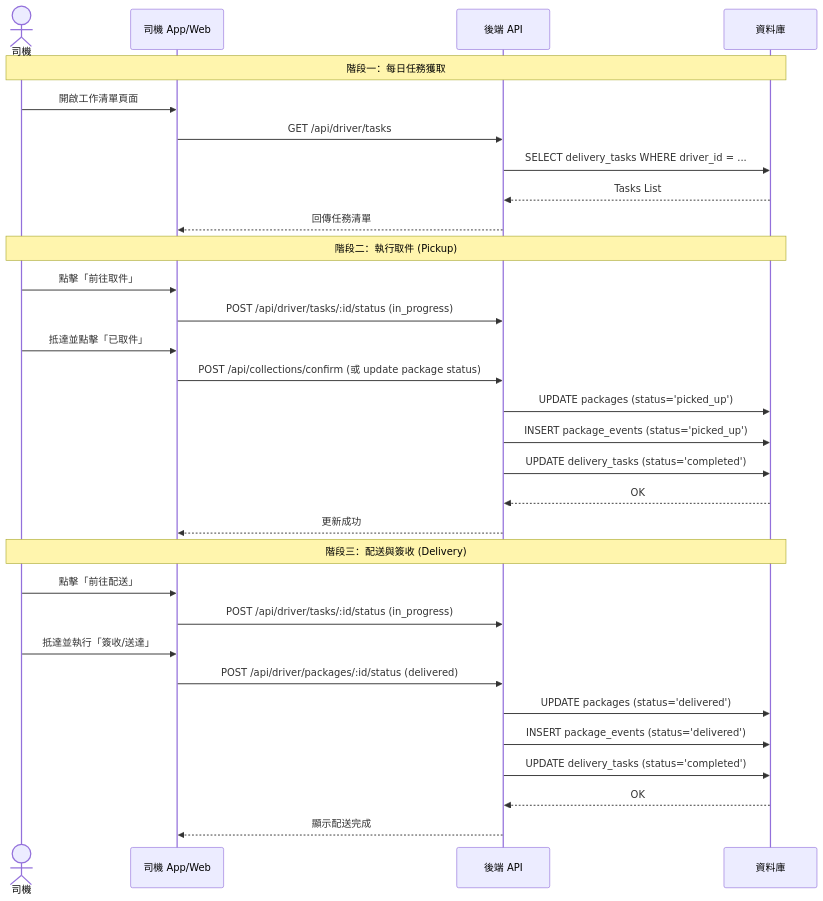
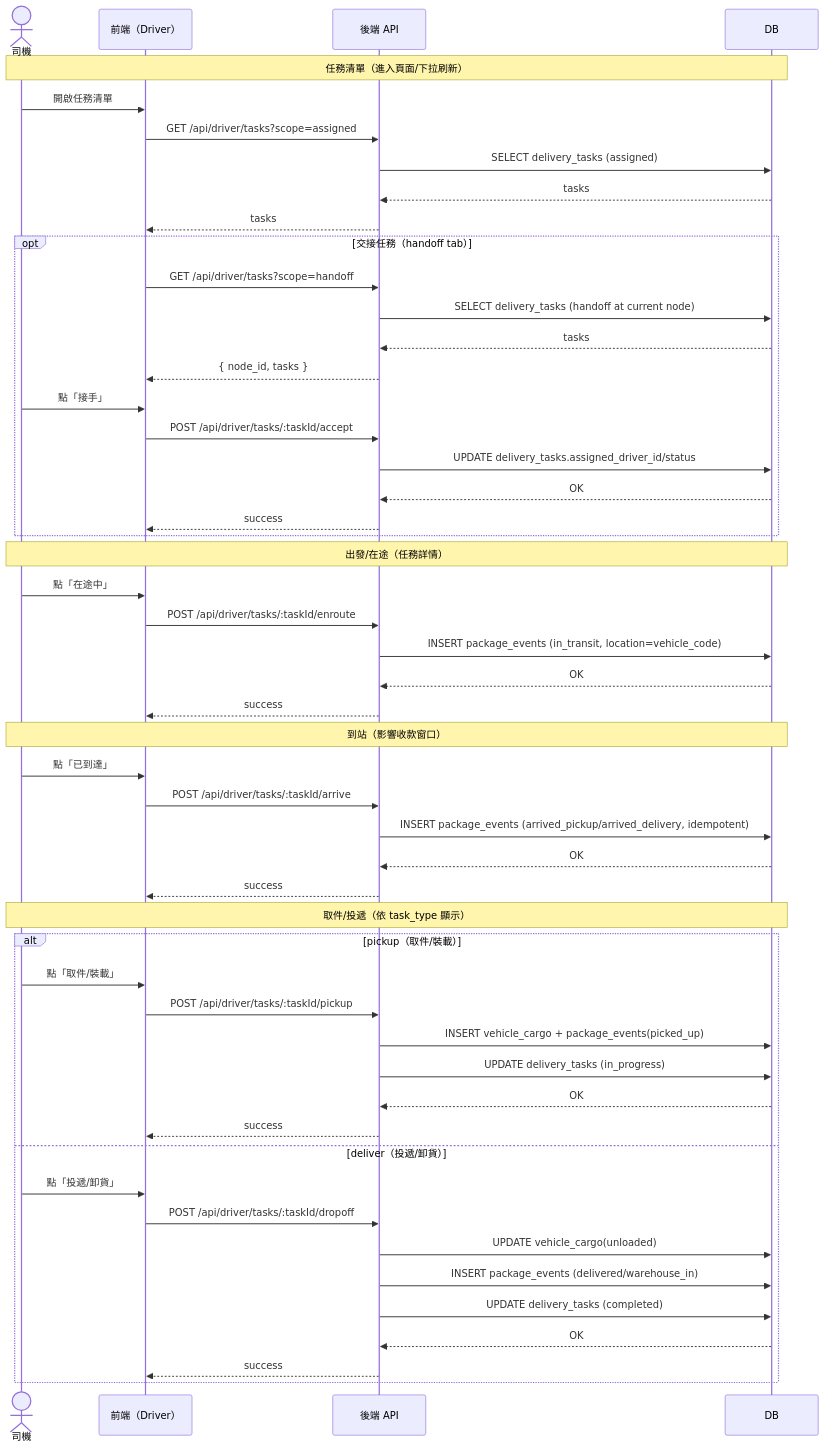
The second of 6 diagrams in docs/design/sequence-diagrams.md (bowen12274Bot/Logistics_tracking_system), drawn with Mermaid before and after one commit. The commit also changed other lines of this file and 70 other files, not shown here.

First line of the commit message:
feat：新增「異常（Exceptions）」API 文件，以及「營運與任務（Operations & Tasks）」API 文件

````diff
--- a/docs/design/sequence-diagrams.md
+++ b/docs/design/sequence-diagrams.md
@@ -42,39 +62,58 @@
 ```mermaid
 sequenceDiagram
-    actor Driver as 司機
-    participant App as 司機 App/Web
-    participant Backend as 後端 API
-    participant DB as 資料庫
+  actor Driver as 司機
+  participant UI as 前端（Driver）
+  participant API as 後端 API
+  participant DB as DB
 
-    Note over Driver, DB: 階段一：每日任務獲取
+  Note over Driver,DB: 任務清單（進入頁面/下拉刷新）
+  Driver->>UI: 開啟任務清單
+  UI->>API: GET /api/driver/tasks?scope=assigned
+  API->>DB: SELECT delivery_tasks (assigned)
+  DB-->>API: tasks
+  API-->>UI: tasks
 
-    Driver->>App: 開啟工作清單頁面
-    App->>Backend: GET /api/driver/tasks
-    Backend->>DB: SELECT delivery_tasks WHERE driver_id = ...
-    DB-->>Backend: Tasks List
-    Backend-->>App: 回傳任務清單
+  opt 交接任務（handoff tab）
+    UI->>API: GET /api/driver/tasks?scope=handoff
+    API->>DB: SELECT delivery_tasks (handoff at current node)
+    DB-->>API: tasks
+    API-->>UI: { node_id, tasks }
+    Driver->>UI: 點「接手」
+    UI->>API: POST /api/driver/tasks/:taskId/accept
+    API->>DB: UPDATE delivery_tasks.assigned_driver_id/status
+    DB-->>API: OK
+    API-->>UI: success
+  end
 
-    Note over Driver, DB: 階段二：執行取件 (Pickup)
+  Note over Driver,DB: 出發/在途（任務詳情）
+  Driver->>UI: 點「在途中」
+  UI->>API: POST /api/driver/tasks/:taskId/enroute
+  API->>DB: INSERT package_events (in_transit, location=vehicle_code)
+  DB-->>API: OK
+  API-->>UI: success
 
-    Driver->>App: 點擊「前往取件」
-    App->>Backend: POST /api/driver/tasks/:id/status (in_progress)
-    Driver->>App: 抵達並點擊「已取件」
-    App->>Backend: POST /api/collections/confirm (或 update package status)
-    Backend->>DB: UPDATE packages (status='picked_up')
-    Backend->>DB: INSERT package_events (status='picked_up')
-    Backend->>DB: UPDATE delivery_tasks (status='completed')
-    DB-->>Backend: OK
-    Backend-->>App: 更新成功
+  Note over Driver,DB: 到站（影響收款窗口）
+  Driver->>UI: 點「已到達」
+  UI->>API: POST /api/driver/tasks/:taskId/arrive
+  API->>DB: INSERT package_events (arrived_pickup/arrived_delivery, idempotent)
+  DB-->>API: OK
+  API-->>UI: success
 
-    Note over Driver, DB: 階段三：配送與簽收 (Delivery)
-
-    Driver->>App: 點擊「前往配送」
-    App->>Backend: POST /api/driver/tasks/:id/status (in_progress)
-    Driver->>App: 抵達並執行「簽收/送達」
-    App->>Backend: POST /api/driver/packages/:id/status (delivered)
-    Backend->>DB: UPDATE packages (status='delivered')
-    Backend->>DB: INSERT package_events (status='delivered')
-    Backend->>DB: UPDATE delivery_tasks (status='completed')
-    DB-->>Backend: OK
-    Backend-->>App: 顯示配送完成
+  Note over Driver,DB: 取件/投遞（依 task_type 顯示）
+  alt pickup（取件/裝載）
+    Driver->>UI: 點「取件/裝載」
+    UI->>API: POST /api/driver/tasks/:taskId/pickup
+    API->>DB: INSERT vehicle_cargo + package_events(picked_up)
+    API->>DB: UPDATE delivery_tasks (in_progress)
+    DB-->>API: OK
+    API-->>UI: success
+  else deliver（投遞/卸貨）
+    Driver->>UI: 點「投遞/卸貨」
+    UI->>API: POST /api/driver/tasks/:taskId/dropoff
+    API->>DB: UPDATE vehicle_cargo(unloaded)
+    API->>DB: INSERT package_events (delivered/warehouse_in)
+    API->>DB: UPDATE delivery_tasks (completed)
+    DB-->>API: OK
+    API-->>UI: success
+  end
 ```
````
